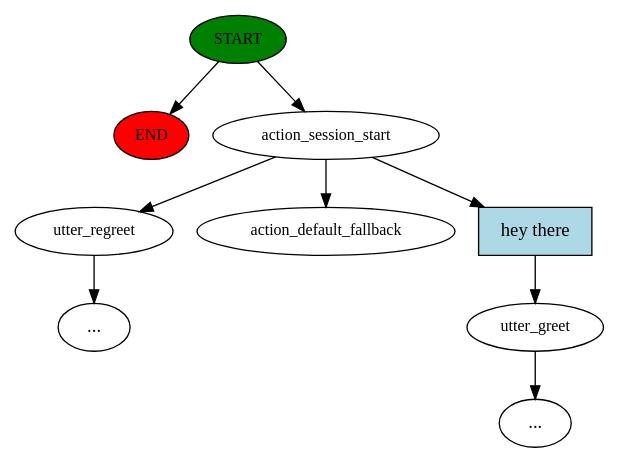
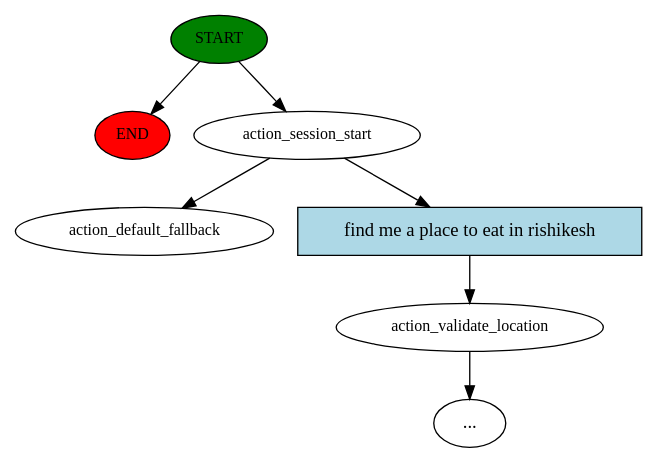
The diagram in story_graph.dot (n-sundar/Foodie-Chatbot), drawn with Graphviz before and after one commit. The commit also changed 7 other files, not shown here.

```diff
--- a/story_graph.dot
+++ b/story_graph.dot
@@ -1,19 +1,15 @@
 digraph  {
 0 [class="start active", fillcolor=green, fontsize=12, label=START, style=filled];
 "-1" [class=end, fillcolor=red, fontsize=12, label=END, style=filled];
 1 [class=active, fontsize=12, label=action_session_start];
-2 [class="", fontsize=12, label=utter_greet];
+2 [class="", fontsize=12, label=action_validate_location];
 "-3" [class=ellipsis, label="..."];
-4 [class="", fontsize=12, label=utter_regreet];
-"-5" [class=ellipsis, label="..."];
-8 [class="dashed active", fontsize=12, label=action_default_fallback];
-9 [class=intent, fillcolor=lightblue, label="hey there", shape=rect, style=filled];
+4 [class="dashed active", fontsize=12, label=action_default_fallback];
+5 [class=intent, fillcolor=lightblue, label="find me a place to eat in rishikesh", shape=rect, style=filled];
 0 -> "-1"  [class="", key=NONE, label=""];
 0 -> 1  [class=active, key=NONE, label=""];
-1 -> 4  [class="", key=NONE, label=""];
-1 -> 8  [class=active, key=NONE, label=""];
-1 -> 9  [class="", key=0];
+1 -> 4  [class=active, key=NONE, label=""];
+1 -> 5  [class="", key=0];
 2 -> "-3"  [class="", key=NONE, label=""];
-4 -> "-5"  [class="", key=NONE, label=""];
-9 -> 2  [class="", key=0];
+5 -> 2  [class="", key=0];
 }
```
